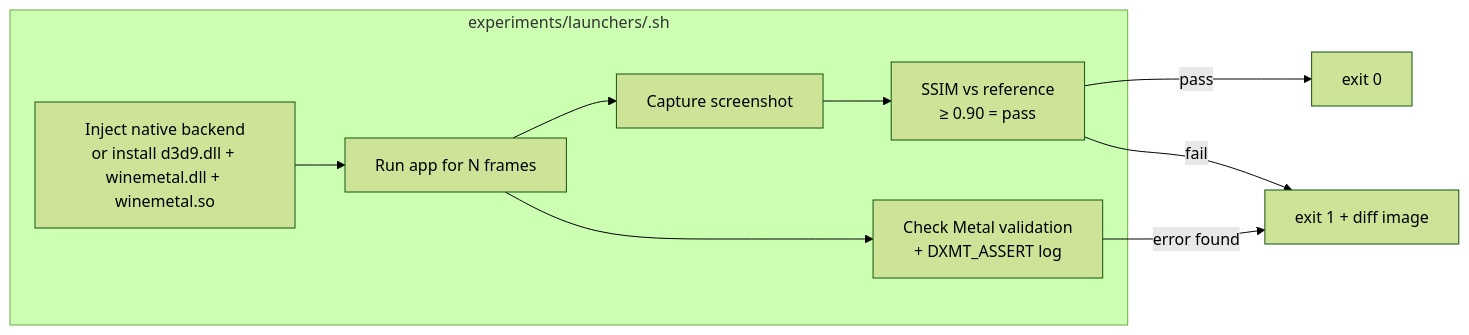
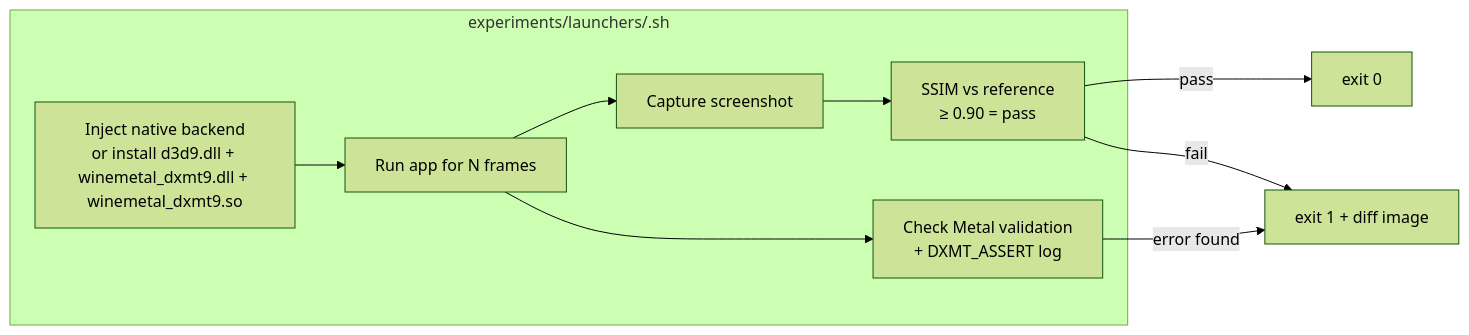
One commit to dfdgsdfg/dxmt9 changed the diagram in specs/experiments/spec.md. Above: the diagram before and after it, drawn with Mermaid (forest theme). The commit also changed other lines of this file and 64 other files, not shown here.

````diff
--- a/specs/experiments/spec.md
+++ b/specs/experiments/spec.md
@@ -21,16 +21,16 @@
 ```mermaid
 graph LR
     subgraph Launcher["experiments/launchers/<app>.sh"]
-        INJECT["Inject native backend\nor install d3d9.dll + winemetal.dll + winemetal.so"]
+        INJECT["Inject native backend\nor install d3d9.dll + winemetal_dxmt9.dll + winemetal_dxmt9.so"]
         RUN["Run app for N frames"]
         SHOT["Capture screenshot"]
         CMP["SSIM vs reference\n≥ 0.90 = pass"]
         LOG["Check Metal validation\n+ DXMT_ASSERT log"]
     end
 
     INJECT --> RUN --> SHOT --> CMP
     RUN --> LOG
     CMP -->|pass| EXIT0["exit 0"]
     CMP -->|fail| EXIT1["exit 1 + diff image"]
     LOG -->|error found| EXIT1
 ```
````
